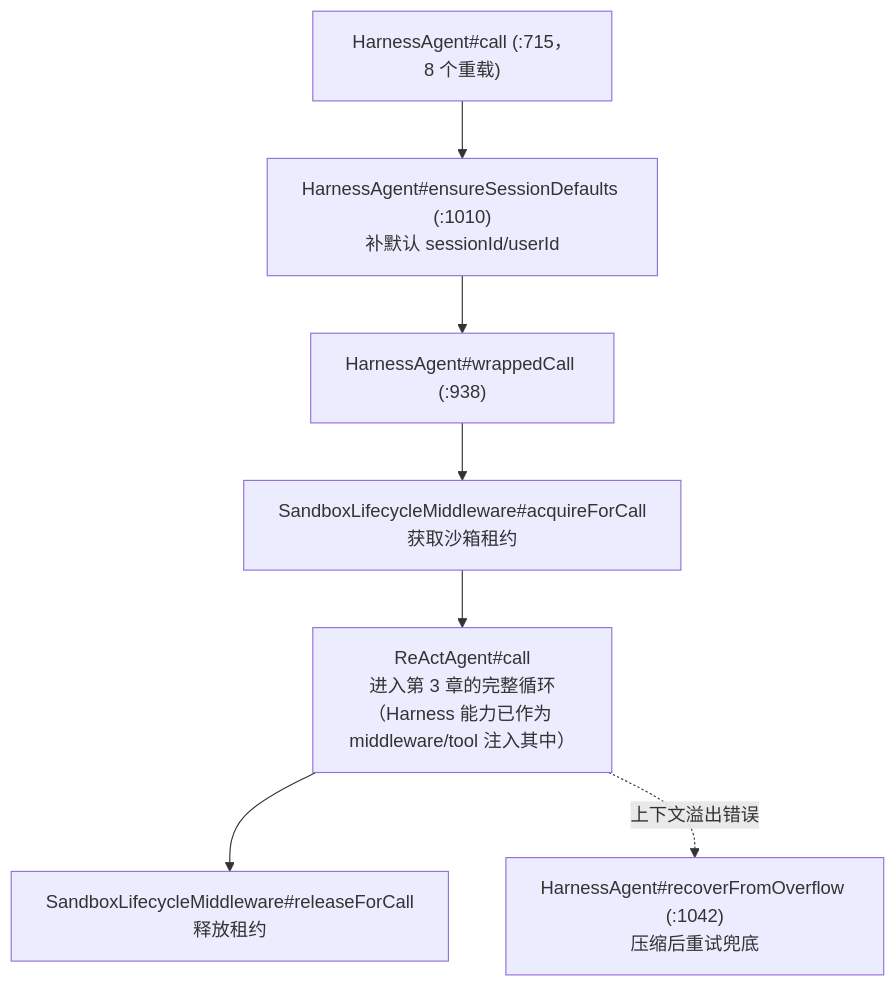
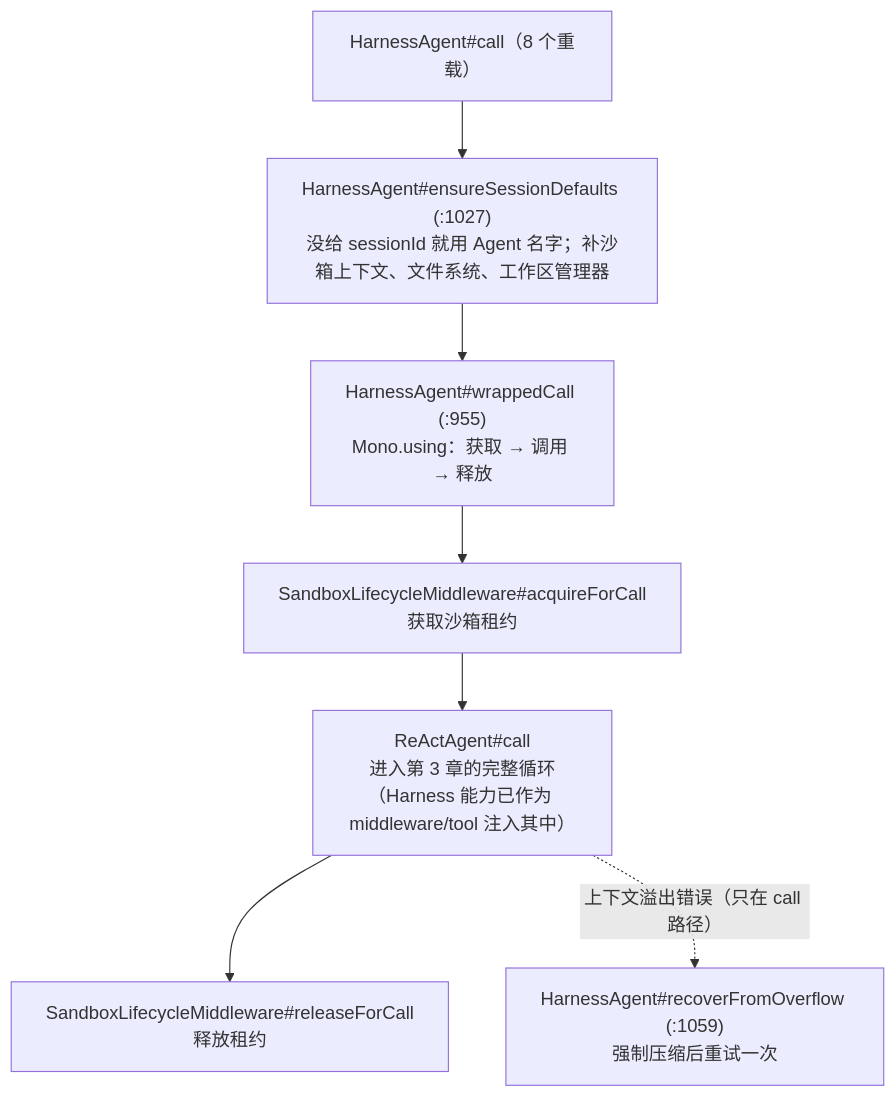
Before and after one commit to liulangjietou/AgentScope-source-analysis: the first of 5 diagrams in 07-Harness工程化外壳.md, drawn with Mermaid. The commit also changed other lines of this file, not shown here.

Commit message:
docs(ch07): sync harness layer to upstream main a3798a8f

````diff
--- a/07-Harness工程化外壳.md
+++ b/07-Harness工程化外壳.md
@@ -10,9 +11,9 @@
 ```mermaid
 flowchart TB
-    HC["HarnessAgent#call (:715，8 个重载)"] --> ESD["HarnessAgent#ensureSessionDefaults (:1010)<br/>补默认 sessionId/userId"]
-    ESD --> WC["HarnessAgent#wrappedCall (:938)"]
+    HC["HarnessAgent#call（8 个重载）"] --> ESD["HarnessAgent#ensureSessionDefaults (:1027)<br/>没给 sessionId 就用 Agent 名字；补沙箱上下文、文件系统、工作区管理器"]
+    ESD --> WC["HarnessAgent#wrappedCall (:955)<br/>Mono.using：获取 → 调用 → 释放"]
     WC --> ACQ["SandboxLifecycleMiddleware#acquireForCall<br/>获取沙箱租约"]
     ACQ --> DEL["ReActAgent#call<br/>进入第 3 章的完整循环<br/>（Harness 能力已作为 middleware/tool 注入其中）"]
     DEL --> REL["SandboxLifecycleMiddleware#releaseForCall<br/>释放租约"]
-    DEL -.->|"上下文溢出错误"| REC["HarnessAgent#recoverFromOverflow (:1042)<br/>压缩后重试兜底"]
+    DEL -.->|"上下文溢出错误（只在 call 路径）"| REC["HarnessAgent#recoverFromOverflow (:1059)<br/>强制压缩后重试一次"]
 ```
````
